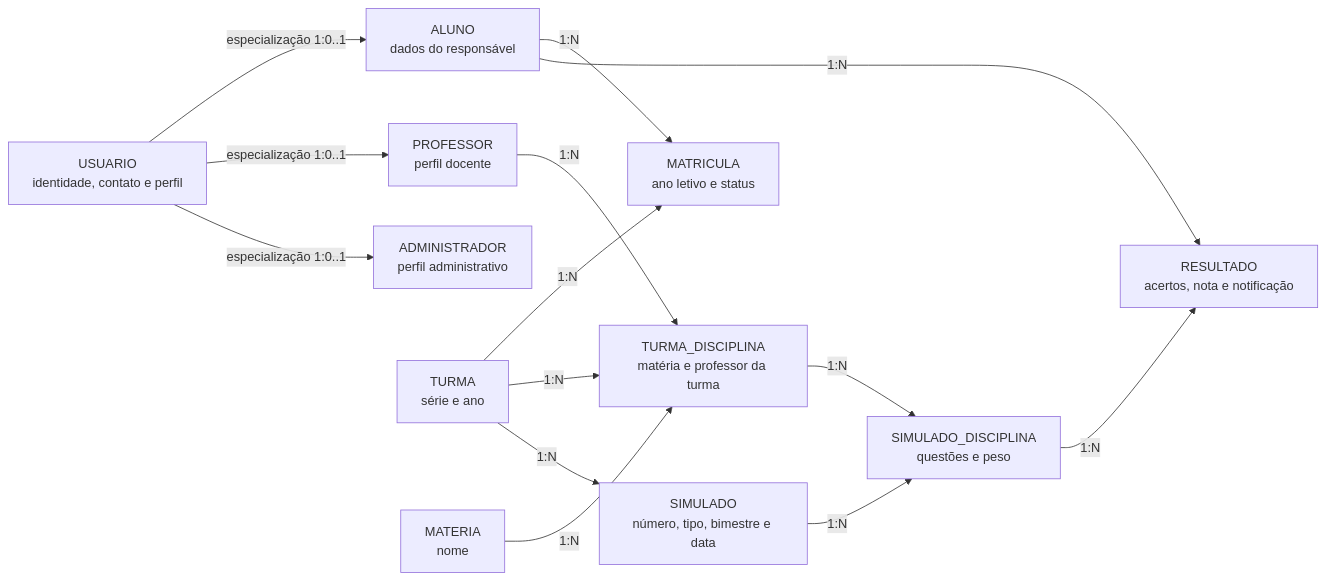
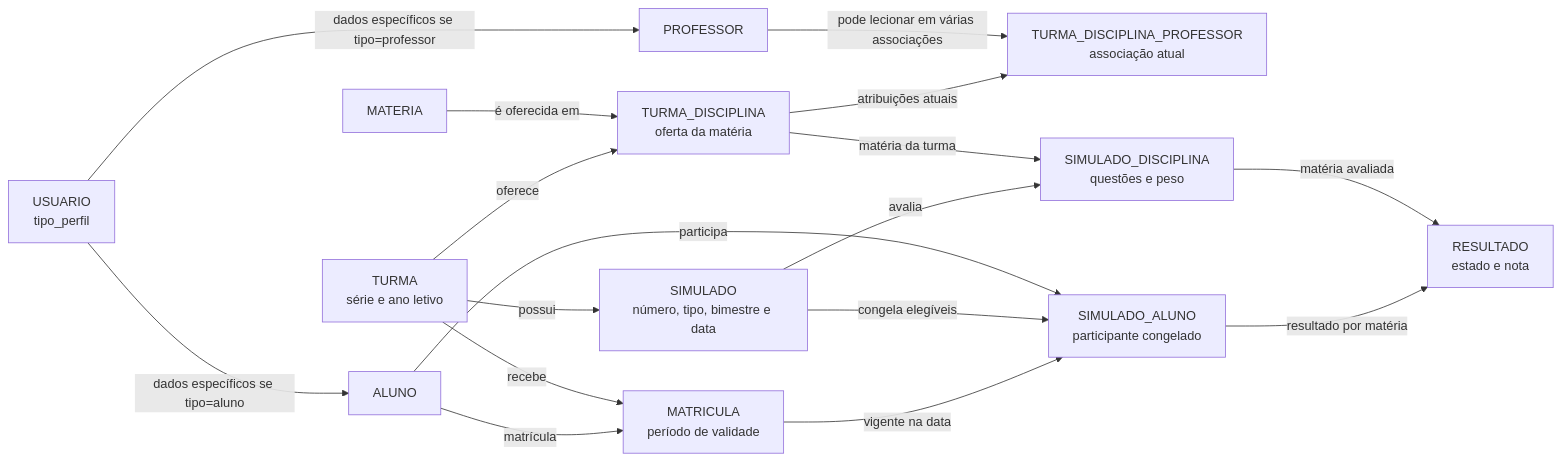
One commit to NotasMAX/Documentacao changed the first of 3 diagrams in modelo-dados/README.md. Above: the diagram before and after it, drawn with Mermaid. The commit also changed other lines of this file and 2 other files, not shown here.

````diff
--- a/modelo-dados/README.md
+++ b/modelo-dados/README.md
@@ -43,28 +47,32 @@
-```mermaid
+~~~mermaid
 flowchart LR
-    U["USUARIO<br/>identidade, contato e perfil"]
-    A["ALUNO<br/>dados do responsável"]
-    P["PROFESSOR<br/>perfil docente"]
-    AD["ADMINISTRADOR<br/>perfil administrativo"]
-    M["MATRICULA<br/>ano letivo e status"]
-    T["TURMA<br/>série e ano"]
-    MT["MATERIA<br/>nome"]
-    TD["TURMA_DISCIPLINA<br/>matéria e professor da turma"]
+    U["USUARIO<br/>tipo_perfil"]
+    A["ALUNO"]
+    P["PROFESSOR"]
+    M["MATRICULA<br/>período de validade"]
+    T["TURMA<br/>série e ano letivo"]
+    MT["MATERIA"]
+    TD["TURMA_DISCIPLINA<br/>oferta da matéria"]
+    TDP["TURMA_DISCIPLINA_PROFESSOR<br/>associação atual"]
     S["SIMULADO<br/>número, tipo, bimestre e data"]
     SD["SIMULADO_DISCIPLINA<br/>questões e peso"]
-    R["RESULTADO<br/>acertos, nota e notificação"]
+    SA["SIMULADO_ALUNO<br/>participante congelado"]
+    R["RESULTADO<br/>estado e nota"]
 
-    U -->|"especialização 1:0..1"| A
-    U -->|"especialização 1:0..1"| P
-    U -->|"especialização 1:0..1"| AD
-    A -->|"1:N"| M
-    T -->|"1:N"| M
-    T -->|"1:N"| TD
-    MT -->|"1:N"| TD
-    P -->|"1:N"| TD
-    T -->|"1:N"| S
-    S -->|"1:N"| SD
-    TD -->|"1:N"| SD
-    SD -->|"1:N"| R
-    A -->|"1:N"| R
-```
+    U -->|"dados específicos se tipo=aluno"| A
+    U -->|"dados específicos se tipo=professor"| P
+    A -->|"matrícula"| M
+    T -->|"recebe"| M
+    T -->|"oferece"| TD
+    MT -->|"é oferecida em"| TD
+    TD -->|"atribuições atuais"| TDP
+    P -->|"pode lecionar em várias associações"| TDP
+    T -->|"possui"| S
+    S -->|"avalia"| SD
+    TD -->|"matéria da turma"| SD
+    M -->|"vigente na data"| SA
+    S -->|"congela elegíveis"| SA
+    A -->|"participa"| SA
+    SA -->|"resultado por matéria"| R
+    SD -->|"matéria avaliada"| R
+~~~
````
